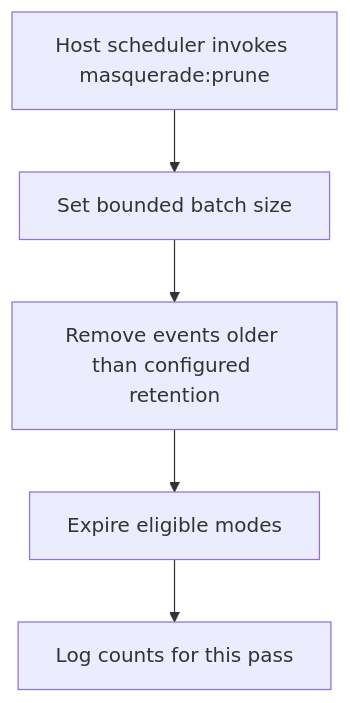
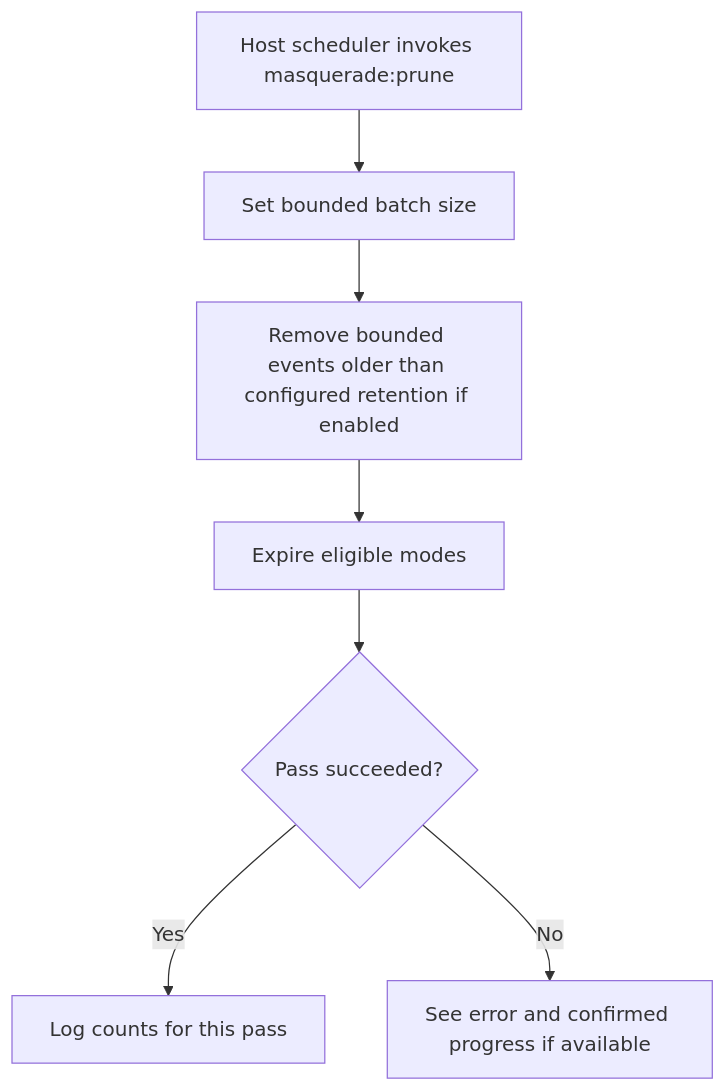
One commit to Kevinjohn/oss-adonisjs-masquerade changed the first of 2 diagrams in user-stories/expire-retain-modes/us-ops-03-expire-retain-modes.md. Above: the diagram before and after it, drawn with Mermaid. The commit also changed other lines of this file and 26 other files, not shown here.

````diff
--- a/user-stories/expire-retain-modes/us-ops-03-expire-retain-modes.md
+++ b/user-stories/expire-retain-modes/us-ops-03-expire-retain-modes.md
@@ -24,7 +24,9 @@
 ```mermaid
 flowchart TD
     A["Host scheduler invokes masquerade:prune"] --> B["Set bounded batch size"]
-    B --> C["Remove events older than configured retention"]
+    B --> C["Remove bounded events older than configured retention if enabled"]
     C --> D["Expire eligible modes"]
-    D --> E["Log counts for this pass"]
+    D --> Q{"Pass succeeded?"}
+    Q -->|Yes| E["Log counts for this pass"]
+    Q -->|No| R["See error and confirmed progress if available"]
 ```
````
